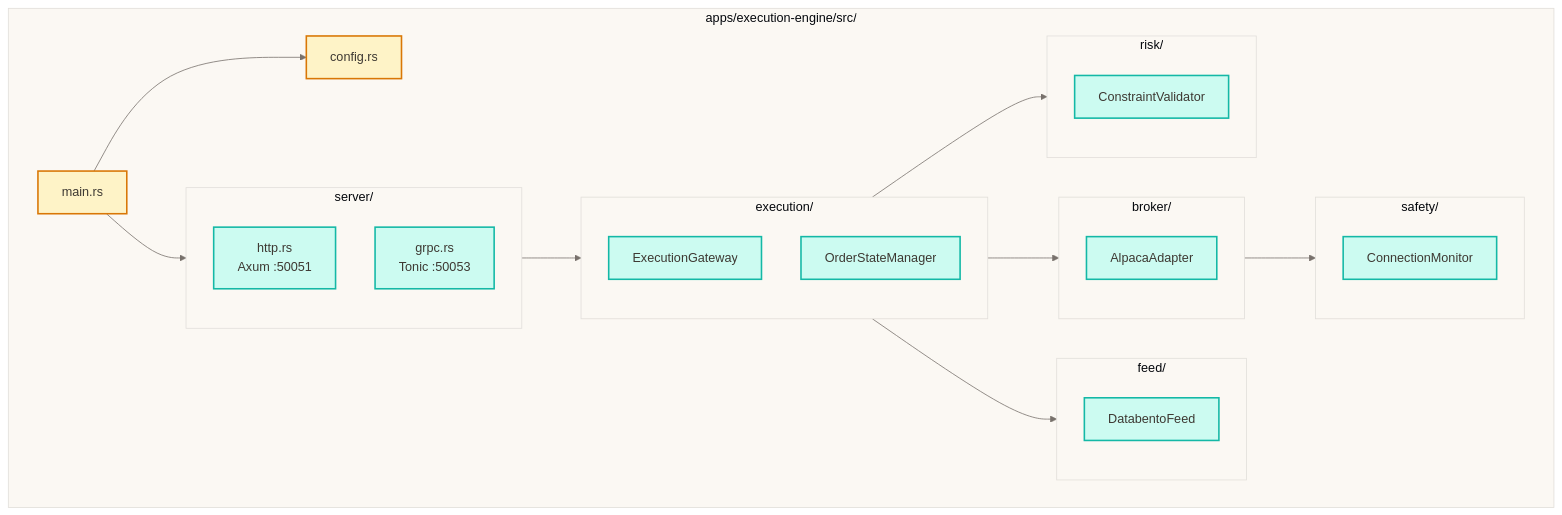
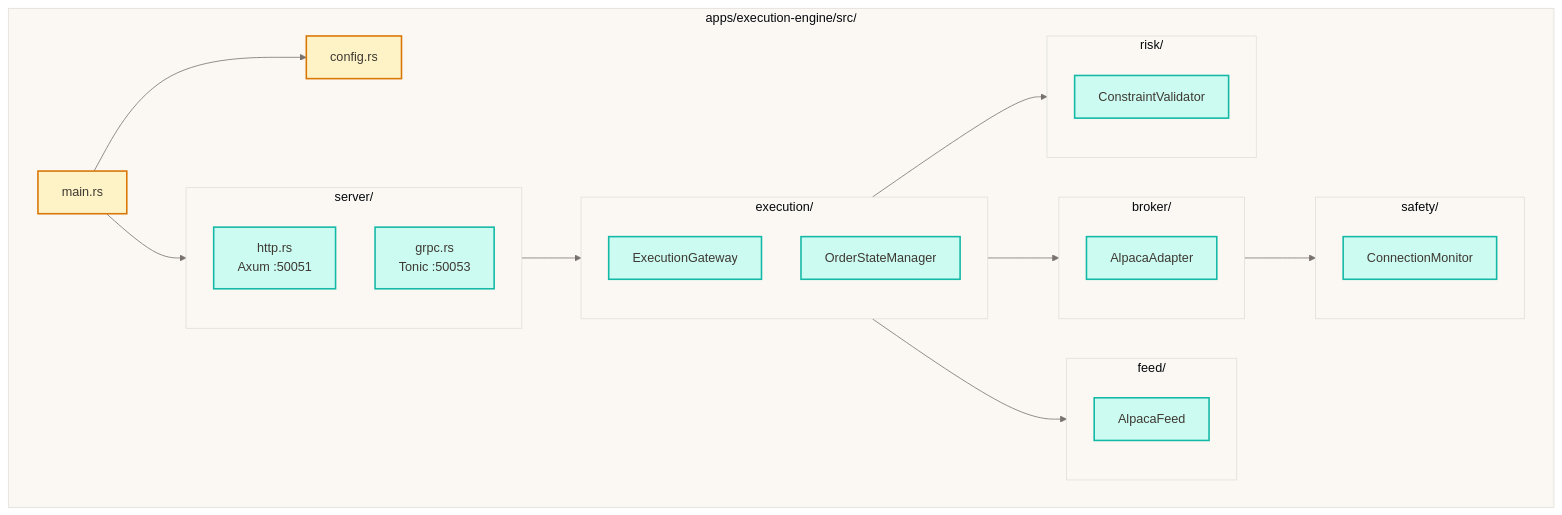
One commit to ccheney/cream changed the eighth of 9 diagrams in ARCHITECTURE.md. Above: the diagram before and after it, drawn with Mermaid. The commit also changed other lines of this file and 32 other files, not shown here.

````diff
--- a/ARCHITECTURE.md
+++ b/ARCHITECTURE.md
@@ -379,48 +375,48 @@
 ```mermaid
 %%{init: {'theme': 'base', 'themeVariables': { 'primaryColor': '#FEF3C7', 'primaryTextColor': '#3D3832', 'lineColor': '#78716C', 'tertiaryColor': '#FBF8F3'}}}%%
 flowchart TB
     subgraph Engine["apps/execution-engine/src/"]
         Main["main.rs"]
         Config["config.rs"]
 
         subgraph Server["server/"]
             HTTP["http.rs<br/>Axum :50051"]
             GRPC["grpc.rs<br/>Tonic :50053"]
         end
 
         subgraph Execution["execution/"]
             Gateway["ExecutionGateway"]
             OrderState["OrderStateManager"]
         end
 
         subgraph Risk["risk/"]
             Constraints["ConstraintValidator"]
         end
 
         subgraph Broker["broker/"]
             AlpacaAdapter["AlpacaAdapter"]
         end
 
         subgraph Feed["feed/"]
-            Databento["DatabentoFeed"]
+            AlpacaFeed["AlpacaFeed"]
         end
 
         subgraph Safety["safety/"]
             Monitor["ConnectionMonitor"]
         end
     end
 
     Main --> Server
     Main --> Config
     Server --> Execution
     Execution --> Risk
     Execution --> Broker
     Execution --> Feed
     Broker --> Safety
 
     classDef core fill:#FEF3C7,stroke:#D97706,stroke-width:2px,color:#3D3832
     classDef module fill:#CCFBF1,stroke:#14B8A6,stroke-width:2px,color:#3D3832
 
     class Main,Config core
-    class HTTP,GRPC,Gateway,OrderState,Constraints,AlpacaAdapter,Databento,Monitor module
+    class HTTP,GRPC,Gateway,OrderState,Constraints,AlpacaAdapter,AlpacaFeed,Monitor module
 ```
````
